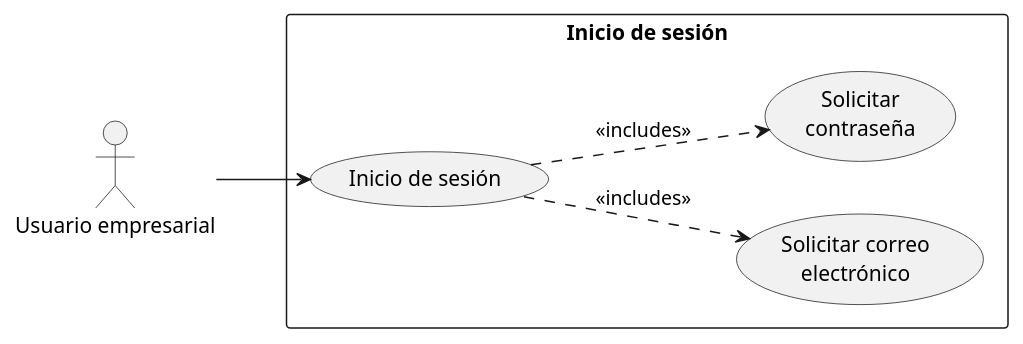
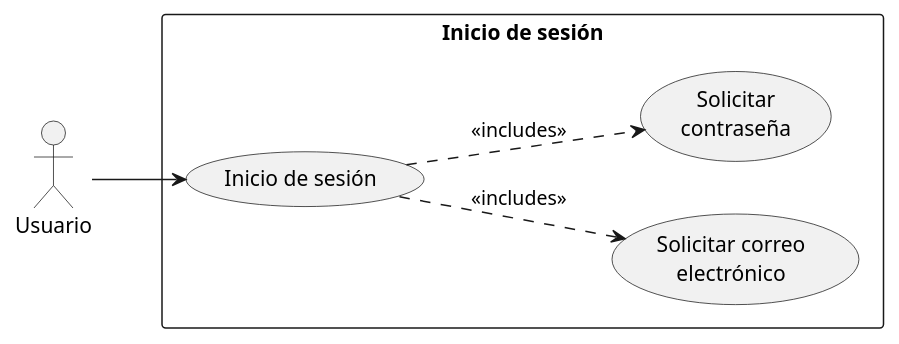
One commit to wuiquique/mycelium-local changed the first of 2 diagrams in uml/requirements/L002.wsd. Above: the diagram before and after it, drawn with PlantUML.

```diff
--- a/uml/requirements/L002.wsd
+++ b/uml/requirements/L002.wsd
@@ -1,17 +1,17 @@
 @startuml usecase1
 left to right direction
 
-actor "Usuario empresarial" as user
+actor "Usuario" as user
 
 rectangle "Inicio de sesión" {
     usecase "Inicio de sesión" as UC1
     usecase "Solicitar correo\nelectrónico" as UC2
     usecase "Solicitar\ncontraseña" as UC3
 }
 
 UC1 ..> UC2 : <<includes>>
 UC1 ..> UC3 : <<includes>>
 
 user --> UC1
 
 @enduml
```
